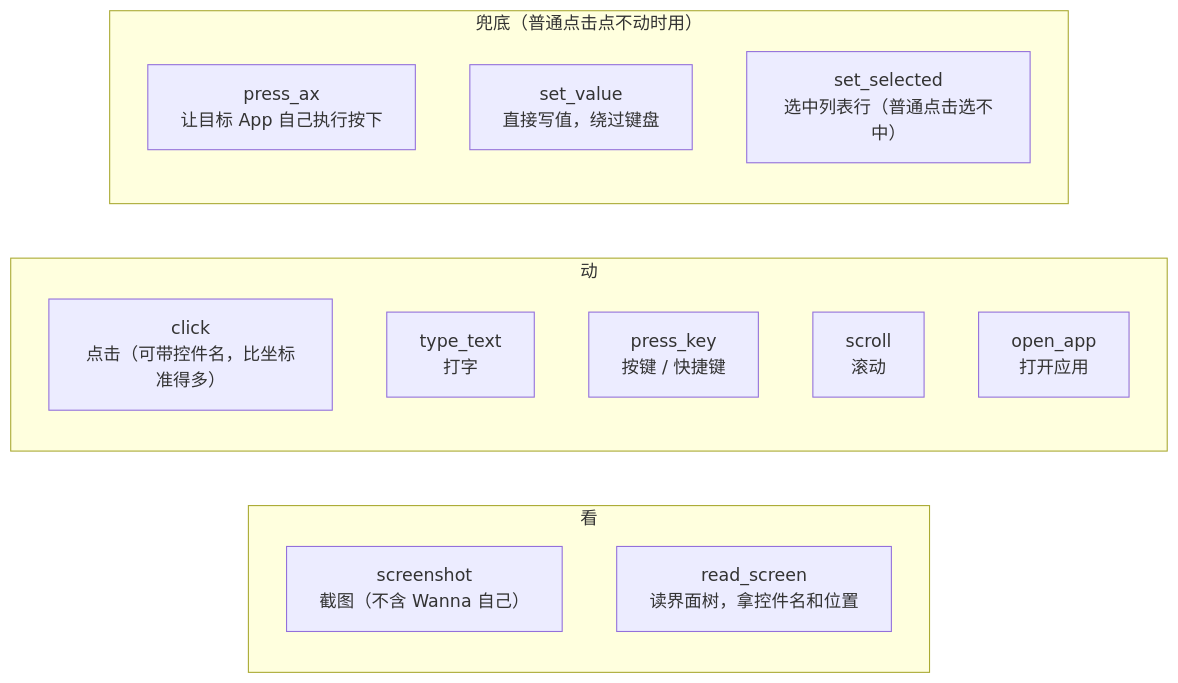
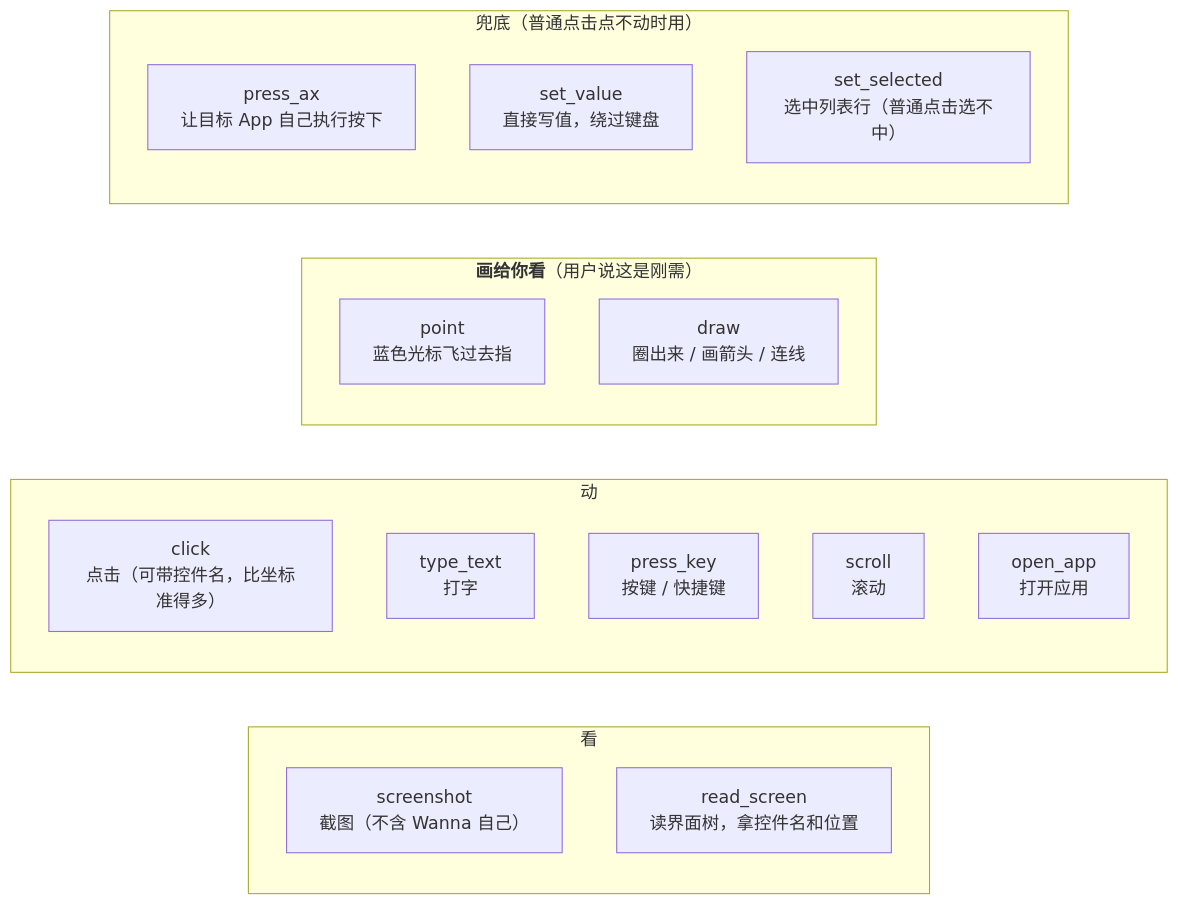
The second of 2 diagrams in 全局框架/00-项目全貌.md (nash-aigc/wanna), drawn with Mermaid before and after one commit. The commit also changed other lines of this file and 2 other files, not shown here.

````diff
--- a/全局框架/00-项目全貌.md
+++ b/全局框架/00-项目全貌.md
@@ -48,19 +48,23 @@
 ```mermaid
 flowchart LR
     subgraph LOOK["看"]
         T1["screenshot<br/>截图（不含 Wanna 自己）"]
         T2["read_screen<br/>读界面树，拿控件名和位置"]
     end
     subgraph ACT["动"]
         T3["click<br/>点击（可带控件名，比坐标准得多）"]
         T4["type_text<br/>打字"]
         T5["press_key<br/>按键 / 快捷键"]
         T6["scroll<br/>滚动"]
         T7["open_app<br/>打开应用"]
     end
+    subgraph SHOW["<b>画给你看</b>（用户说这是刚需）"]
+        T11["point<br/>蓝色光标飞过去指"]
+        T12["draw<br/>圈出来 / 画箭头 / 连线"]
+    end
     subgraph FIX["兜底（普通点击点不动时用）"]
         T8["press_ax<br/>让目标 App 自己执行按下"]
         T9["set_value<br/>直接写值，绕过键盘"]
         T10["set_selected<br/>选中列表行（普通点击选不中）"]
     end
 ```
````
